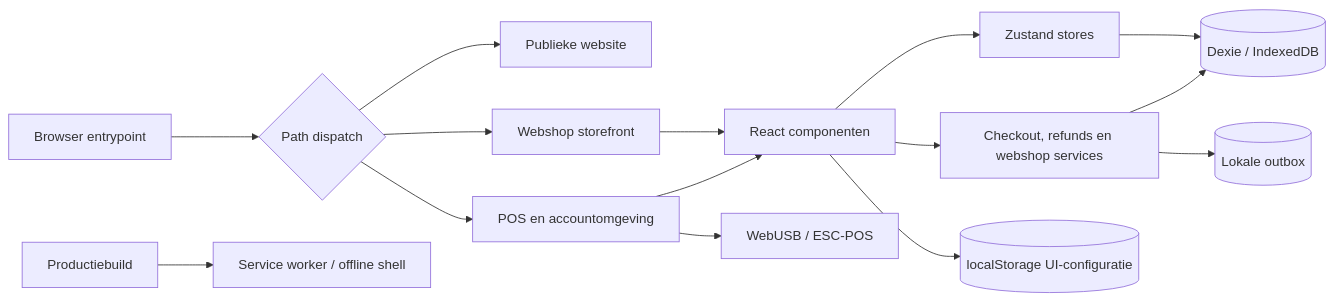
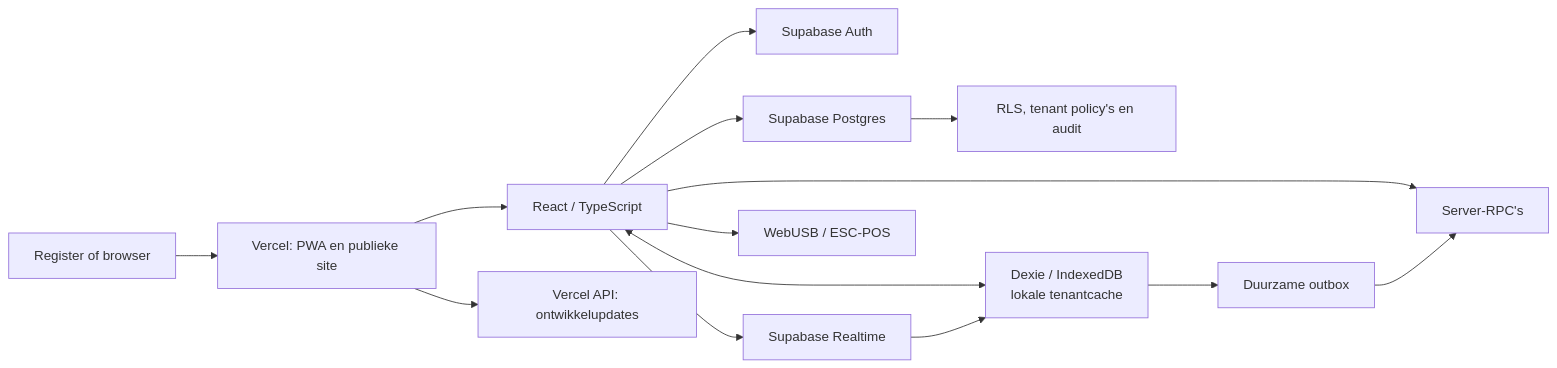
The diagram in README.md (kevinb42O/PWAYMENT_RETAIL), drawn with Mermaid before and after one commit. The commit also changed other lines of this file and 1 other file, not shown here.

````diff
--- a/README.md
+++ b/README.md
@@ -218,18 +56,18 @@
 ```mermaid
 flowchart LR
-  Browser[Browser entrypoint] --> Route{Path dispatch}
-  Route --> Public[Publieke website]
-  Route --> Shop[Webshop storefront]
-  Route --> App[POS en accountomgeving]
+  Browser[Register of browser] --> Vercel[Vercel: PWA en publieke site]
+  Vercel --> App[React / TypeScript]
+  App --> Auth[Supabase Auth]
+  App --> DB[Supabase Postgres]
+  App --> RPC[Server-RPC's]
+  App --> RT[Supabase Realtime]
+  DB --> RLS[RLS, tenant policy's en audit]
 
-  App --> UI[React componenten]
-  Shop --> UI
-  UI --> State[Zustand stores]
-  UI --> Services[Checkout, refunds en webshop services]
-  State --> Dexie[(Dexie / IndexedDB)]
-  Services --> Dexie
-  Services --> Outbox[(Lokale outbox)]
-  UI --> LocalStorage[(localStorage UI-configuratie)]
+  App <--> Cache[Dexie / IndexedDB\nlokale tenantcache]
+  Cache --> Outbox[Duurzame outbox]
+  Outbox --> RPC
+  RT --> Cache
+
   App --> USB[WebUSB / ESC-POS]
-  Build[Productiebuild] --> SW[Service worker / offline shell]
+  Vercel --> API[Vercel API: ontwikkelupdates]
 ```
````
